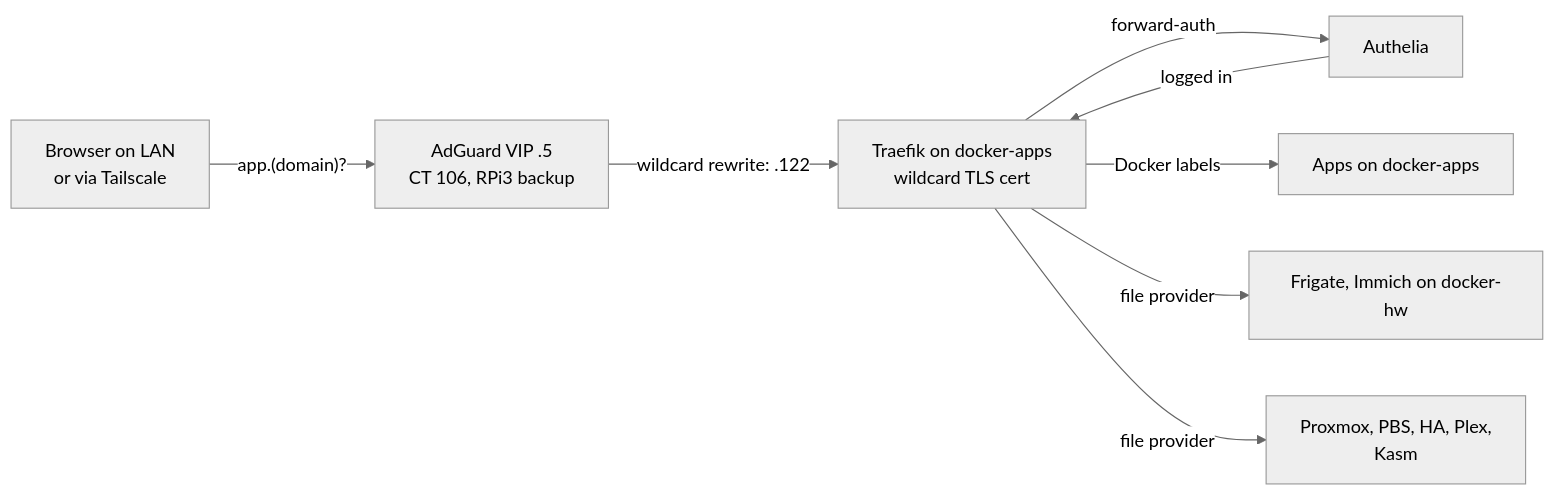
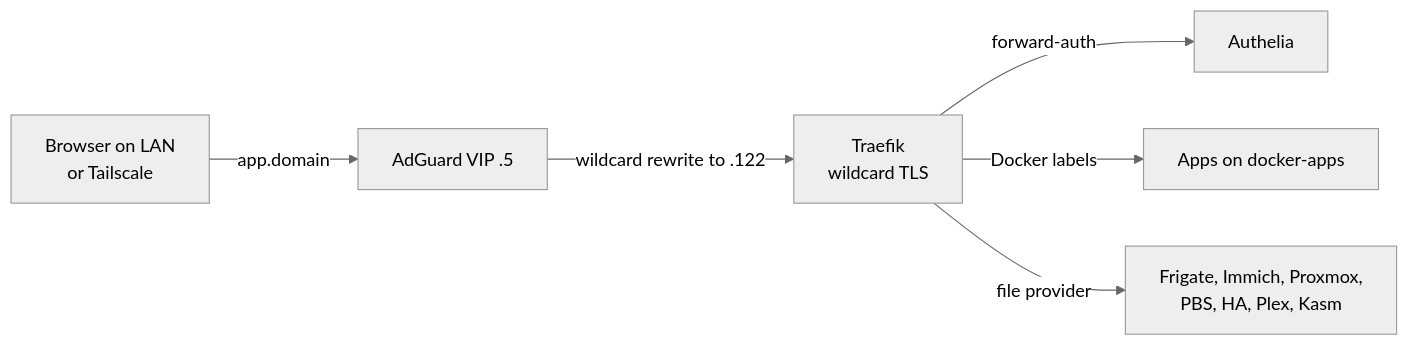
The third of 4 diagrams in docs/architecture.md (atahan99/proxmox-infra-iac), drawn with Mermaid (neutral theme) before and after one commit. The commit also changed other lines of this file and 17 other files, not shown here.

````diff
--- a/docs/architecture.md
+++ b/docs/architecture.md
@@ -134,10 +117,8 @@
 ```mermaid
 flowchart LR
-  U["Browser on LAN<br/>or via Tailscale"] -- "app.(domain)?" --> DNS["AdGuard VIP .5<br/>CT 106, RPi3 backup"]
-  DNS -- "wildcard rewrite: .122" --> T["Traefik on docker-apps<br/>wildcard TLS cert"]
+  U["Browser on LAN<br/>or Tailscale"] -- "app.domain" --> DNS["AdGuard VIP .5"]
+  DNS -- "wildcard rewrite to .122" --> T["Traefik<br/>wildcard TLS"]
   T -- "forward-auth" --> A["Authelia"]
-  A -- "logged in" --> T
   T -- "Docker labels" --> L["Apps on docker-apps"]
-  T -- "file provider" --> H["Frigate, Immich on docker-hw"]
-  T -- "file provider" --> O["Proxmox, PBS, HA, Plex,<br/>Kasm"]
+  T -- "file provider" --> H["Frigate, Immich, Proxmox,<br/>PBS, HA, Plex, Kasm"]
 ```
````
